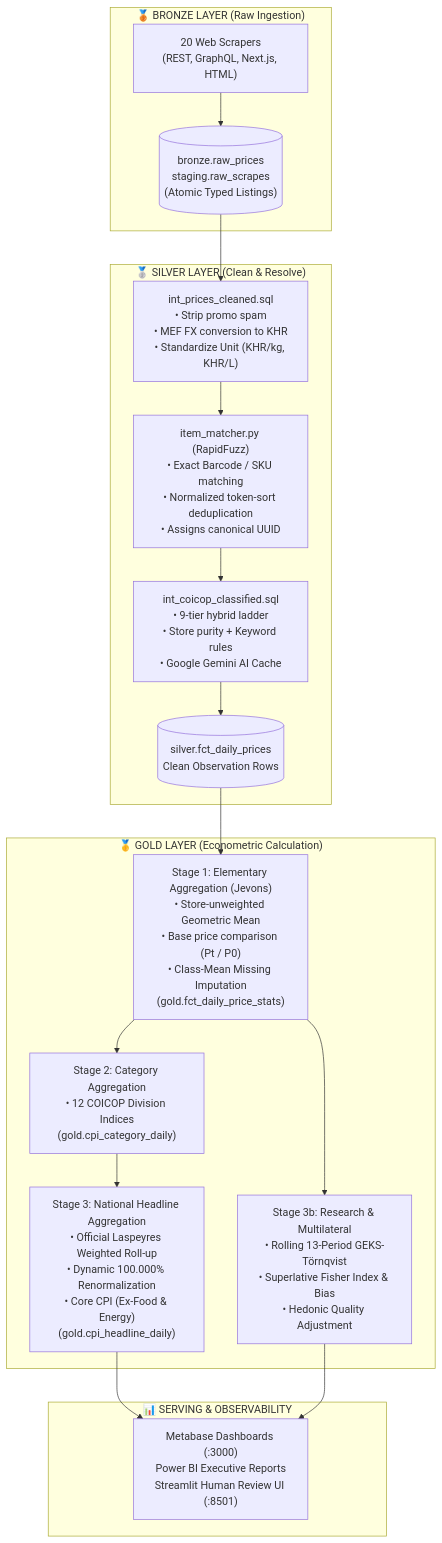
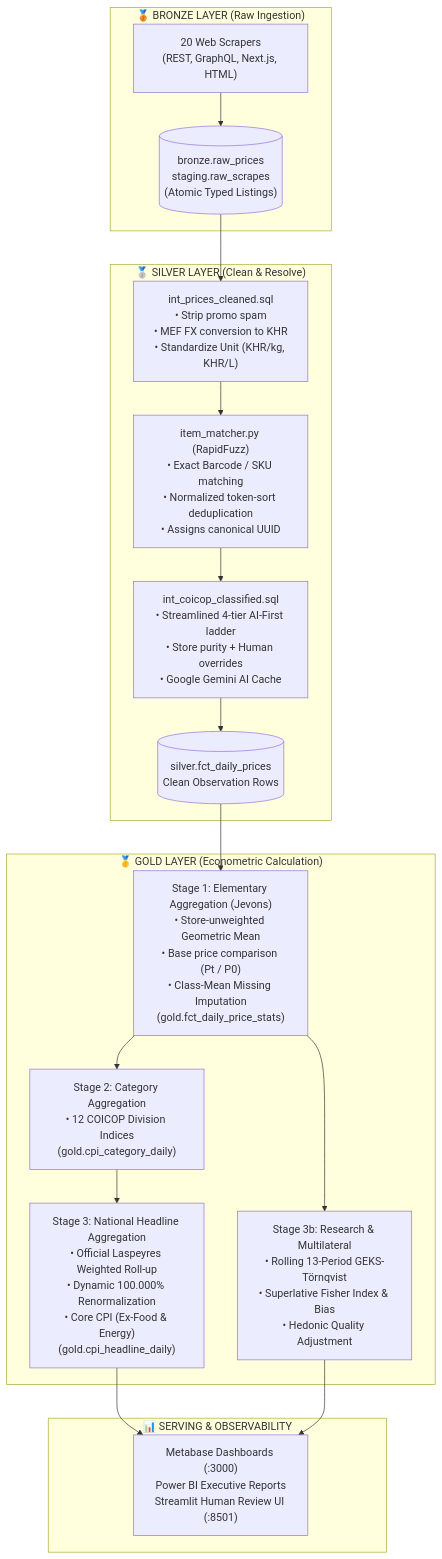
The diagram in docs/CPI_END_TO_END_CALCULATION_GUIDE.md (Korngmeng-Taing/Cambodia-cpi-pipeline), drawn with Mermaid before and after one commit. The commit also changed other lines of this file and 15 other files, not shown here.

````diff
--- a/docs/CPI_END_TO_END_CALCULATION_GUIDE.md
+++ b/docs/CPI_END_TO_END_CALCULATION_GUIDE.md
@@ -23,25 +23,26 @@
 ```mermaid
 flowchart TD
     subgraph Bronze["🥉 BRONZE LAYER (Raw Ingestion)"]
         B1["20 Web Scrapers\n(REST, GraphQL, Next.js, HTML)"] --> B2[("bronze.raw_prices\nstaging.raw_scrapes\n(Atomic Typed Listings)")]
     end
 
     subgraph Silver["🥈 SILVER LAYER (Clean & Resolve)"]
         B2 --> S1["int_prices_cleaned.sql\n• Strip promo spam\n• MEF FX conversion to KHR\n• Standardize Unit (KHR/kg, KHR/L)"]
         S1 --> S2["item_matcher.py (RapidFuzz)\n• Exact Barcode / SKU matching\n• Normalized token-sort deduplication\n• Assigns canonical UUID"]
-        S2 --> S3["int_coicop_classified.sql\n• 9-tier hybrid ladder\n• Store purity + Keyword rules\n• Google Gemini AI Cache"]
+        S2 --> S3["int_coicop_classified.sql\n• Streamlined 4-tier AI-First ladder\n• Store purity + Human overrides\n• Google Gemini AI Cache"]
         S3 --> S4[("silver.fct_daily_prices\nClean Observation Rows")]
+
     end
 
     subgraph Gold["🥇 GOLD LAYER (Econometric Calculation)"]
         S4 --> G1["Stage 1: Elementary Aggregation (Jevons)\n• Store-unweighted Geometric Mean\n• Base price comparison (Pt / P0)\n• Class-Mean Missing Imputation\n(gold.fct_daily_price_stats)"]
         G1 --> G2["Stage 2: Category Aggregation\n• 12 COICOP Division Indices\n(gold.cpi_category_daily)"]
         G2 --> G3["Stage 3: National Headline Aggregation\n• Official Laspeyres Weighted Roll-up\n• Dynamic 100.000% Renormalization\n• Core CPI (Ex-Food & Energy)\n(gold.cpi_headline_daily)"]
         G1 --> G4["Stage 3b: Research & Multilateral\n• Rolling 13-Period GEKS-Törnqvist\n• Superlative Fisher Index & Bias\n• Hedonic Quality Adjustment"]
     end
 
     subgraph Serving["📊 SERVING & OBSERVABILITY"]
         G3 --> V1["Metabase Dashboards (:3000)\nPower BI Executive Reports\nStreamlit Human Review UI (:8501)"]
         G4 --> V1
     end
 ```
````
